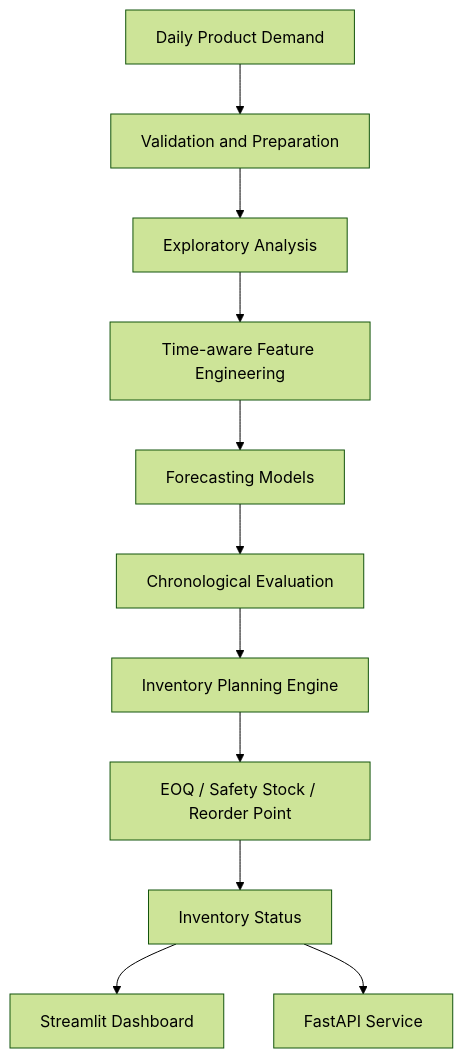
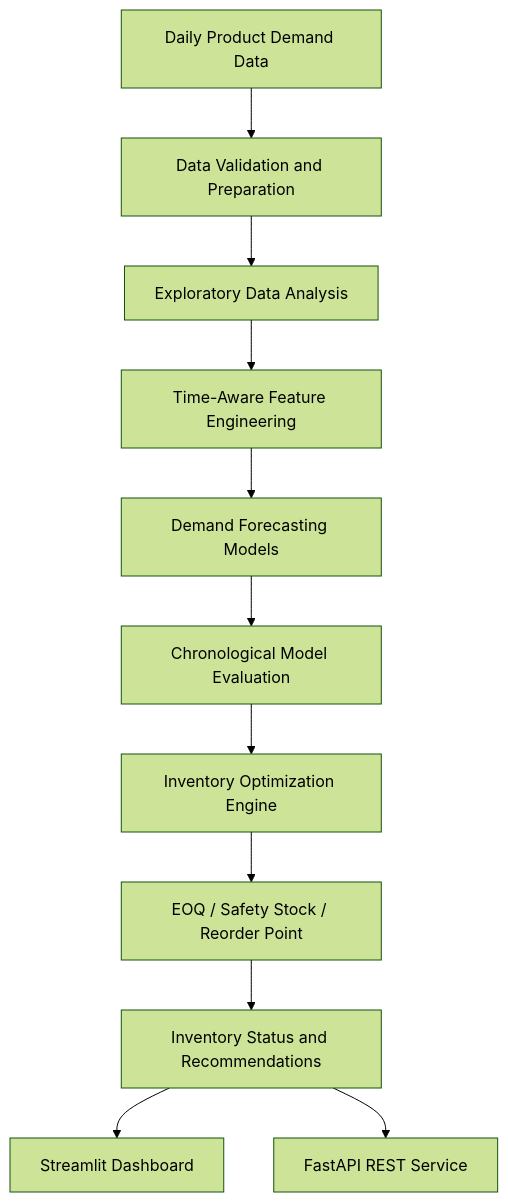
Before and after one commit to Riyaz077/AI-Driven-Inventory-and-Demand-Intelligence: the diagram in README.md, drawn with Mermaid (forest theme). The commit also changed other lines of this file, not shown here.

````diff
--- a/README.md
+++ b/README.md
@@ -20,13 +43,13 @@
 ```mermaid
 flowchart TD
- A[Daily Product Demand] --> B[Validation and Preparation]
- B --> C[Exploratory Analysis]
- C --> D[Time-aware Feature Engineering]
- D --> E[Forecasting Models]
- E --> F[Chronological Evaluation]
- F --> G[Inventory Planning Engine]
- G --> H[EOQ / Safety Stock / Reorder Point]
- H --> I[Inventory Status]
- I --> J[Streamlit Dashboard]
- I --> K[FastAPI Service]
+    A["Daily Product Demand Data"] --> B["Data Validation and Preparation"]
+    B --> C["Exploratory Data Analysis"]
+    C --> D["Time-Aware Feature Engineering"]
+    D --> E["Demand Forecasting Models"]
+    E --> F["Chronological Model Evaluation"]
+    F --> G["Inventory Optimization Engine"]
+    G --> H["EOQ / Safety Stock / Reorder Point"]
+    H --> I["Inventory Status and Recommendations"]
+    I --> J["Streamlit Dashboard"]
+    I --> K["FastAPI REST Service"]
 ```
````
